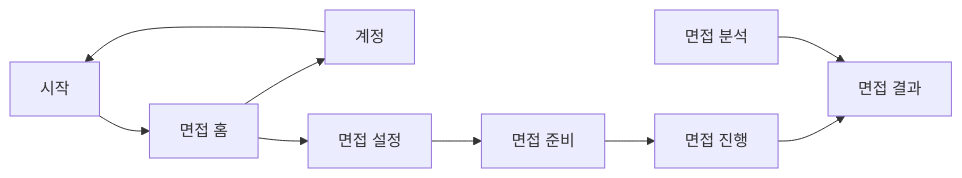
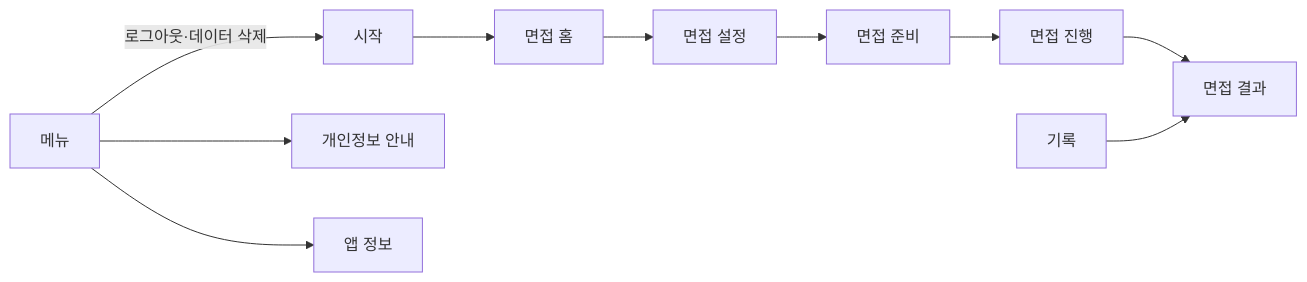
Before and after one commit to znak99/JEC-FirstStepToCareer: the diagram in docs/ui-design/SITE_MAP.md, drawn with Mermaid. The commit also changed other lines of this file and 4 other files, not shown here.

````diff
--- a/docs/ui-design/SITE_MAP.md
+++ b/docs/ui-design/SITE_MAP.md
@@ -37,7 +40,9 @@
 ```mermaid
 flowchart LR
   S00[시작] --> S01[면접 홈]
-  S01 --> S09[계정] --> S00
   S01 --> S02[면접 설정] --> S03[면접 준비] --> S04[면접 진행] --> S05[면접 결과]
-  S08[면접 분석] --> S05
+  S08[기록] --> S05
+  S09[메뉴] --> S10[개인정보 안내]
+  S09 --> S11[앱 정보]
+  S09 -- 로그아웃·데이터 삭제 --> S00
 ```
````
